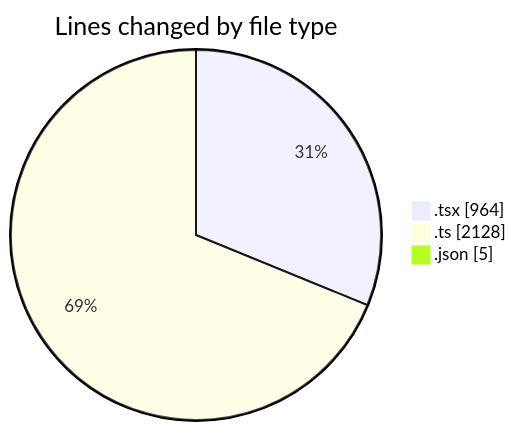
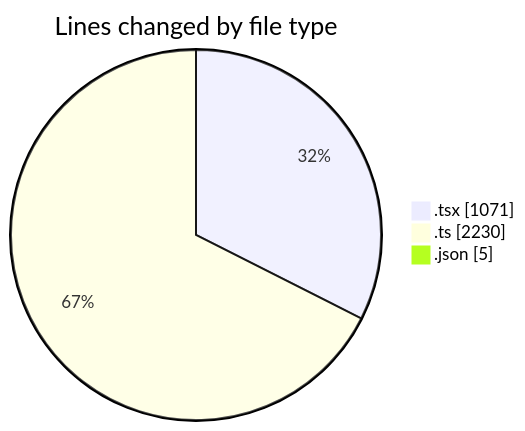
Before and after one commit to julien-gomy/code-tracking: the first of 2 diagrams in 2025-11-23/eventscop-frontend-guide__workspace_/README.md, drawn with Mermaid. The commit also changed other lines of this file and 1 other file, not shown here.

````diff
--- a/2025-11-23/eventscop-frontend-guide__workspace_/README.md
+++ b/2025-11-23/eventscop-frontend-guide__workspace_/README.md
@@ -42,7 +45,7 @@
 ```mermaid
 pie showData
 title Lines changed by file type
-".tsx" : 964
-".ts" : 2128
+".tsx" : 1071
+".ts" : 2230
 ".json" : 5
 ```
````
